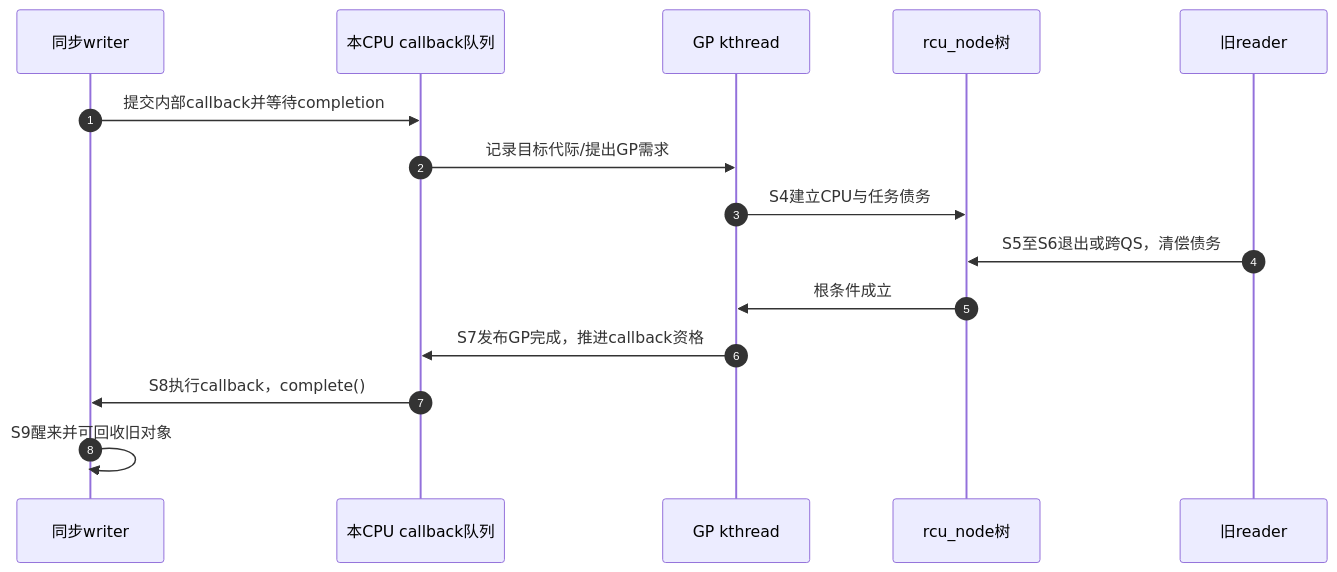
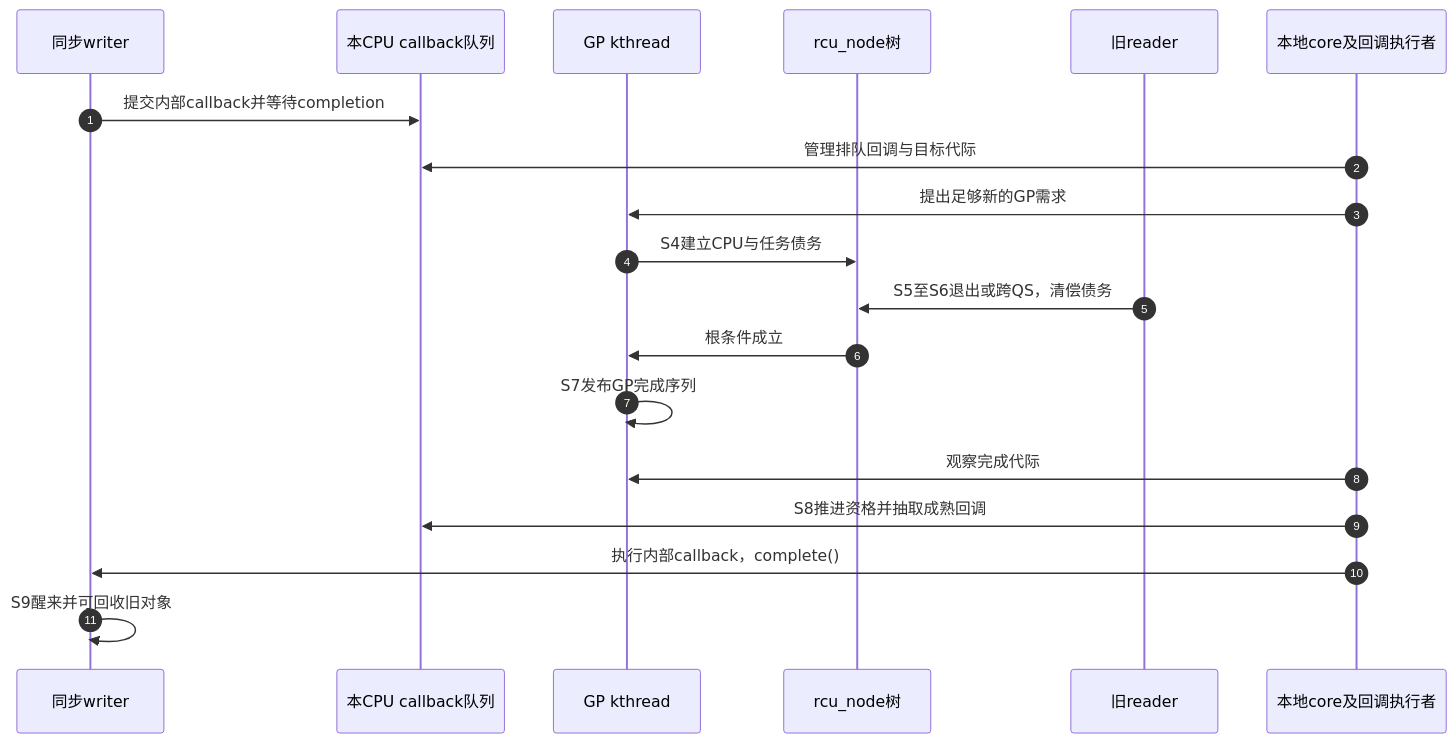
Before and after one commit to FormingSystem/linux_note: the third of 3 diagrams in knowledge/linux/synchronization_and_asynchrony/synchronization/rcu/P05_Tree_RCU_公共骨架与完整周期.md, drawn with Mermaid. The commit also changed other lines of this file and 3 other files, not shown here.

````diff
--- a/knowledge/linux/synchronization_and_asynchrony/synchronization/rcu/P05_Tree_RCU_公共骨架与完整周期.md
+++ b/knowledge/linux/synchronization_and_asynchrony/synchronization/rcu/P05_Tree_RCU_公共骨架与完整周期.md
@@ -218,18 +217,22 @@
 ```mermaid
 sequenceDiagram
     autonumber
     participant W as 同步writer
     participant C as 本CPU callback队列
     participant G as GP kthread
     participant N as rcu_node树
     participant R as 旧reader
+    participant X as 本地core及回调执行者
 
     W->>C: 提交内部callback并等待completion
-    C->>G: 记录目标代际/提出GP需求
+    X->>C: 管理排队回调与目标代际
+    X->>G: 提出足够新的GP需求
     G->>N: S4建立CPU与任务债务
     R->>N: S5至S6退出或跨QS，清偿债务
     N->>G: 根条件成立
-    G->>C: S7发布GP完成，推进callback资格
-    C->>W: S8执行callback，complete()
+    G->>G: S7发布GP完成序列
+    X->>G: 观察完成代际
+    X->>C: S8推进资格并抽取成熟回调
+    X->>W: 执行内部callback，complete()
     W->>W: S9醒来并可回收旧对象
 ```
````
